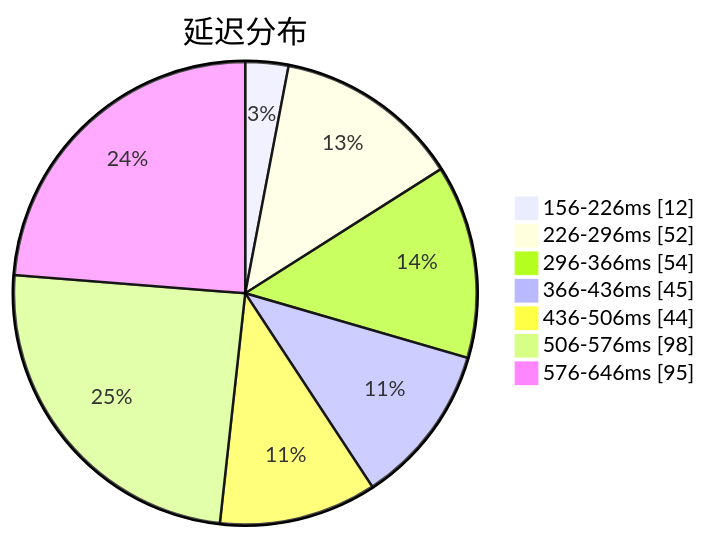
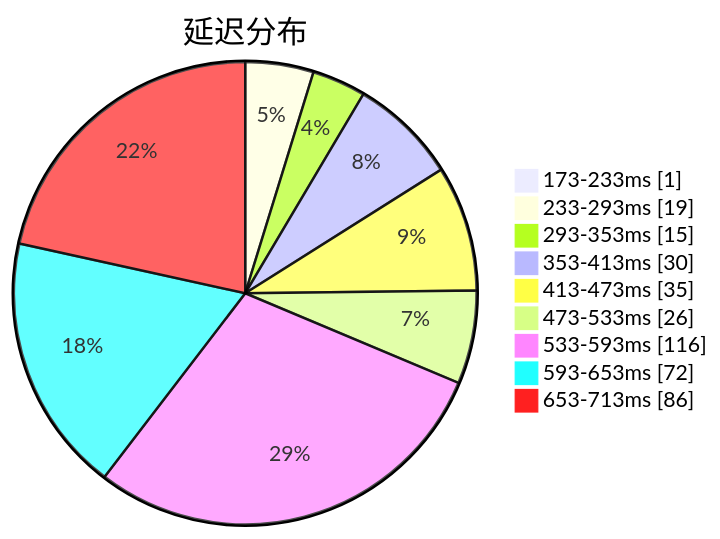
One commit to qjlxg/airport changed the first of 3 diagrams in subs/statistics/tested_within.md. Above: the diagram before and after it, drawn with Mermaid. The commit also changed other lines of this file and 2 other files, not shown here.

Commit message:
Tested by metaST

````diff
--- a/subs/statistics/tested_within.md
+++ b/subs/statistics/tested_within.md
@@ -2,11 +2,13 @@
 ```mermaid
 pie showData
 title 延迟分布
-"156-226ms" : 12
-"226-296ms" : 52
-"296-366ms" : 54
-"366-436ms" : 45
-"436-506ms" : 44
-"506-576ms" : 98
-"576-646ms" : 95
+"173-233ms" : 1
+"233-293ms" : 19
+"293-353ms" : 15
+"353-413ms" : 30
+"413-473ms" : 35
+"473-533ms" : 26
+"533-593ms" : 116
+"593-653ms" : 72
+"653-713ms" : 86
 ```
````
